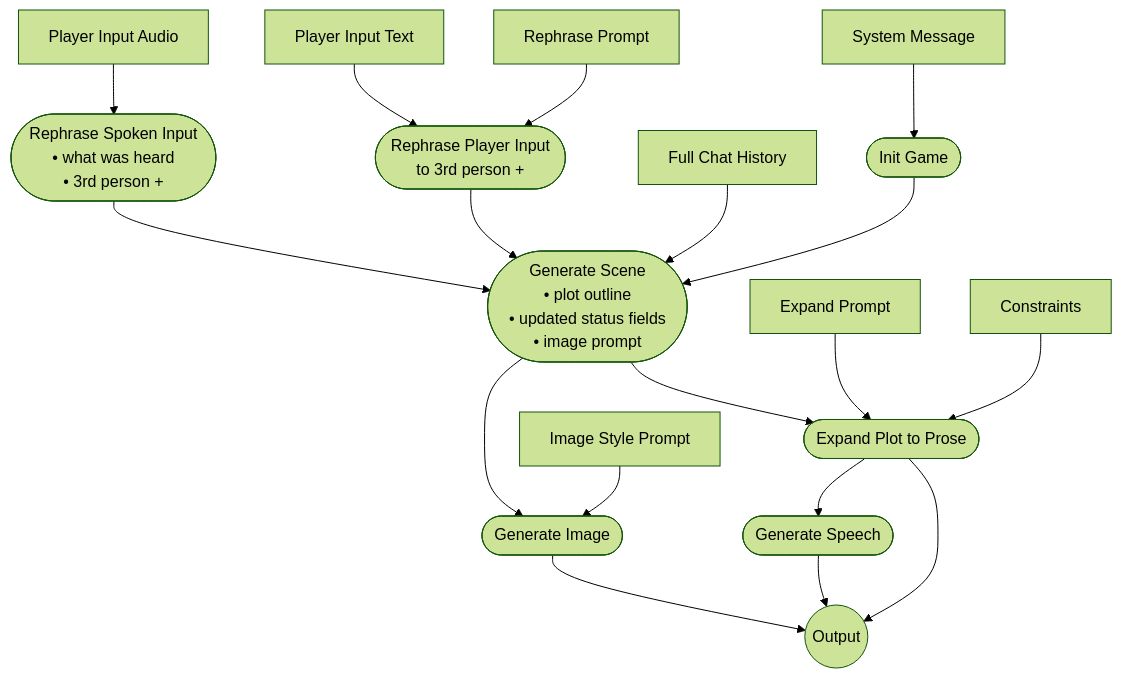
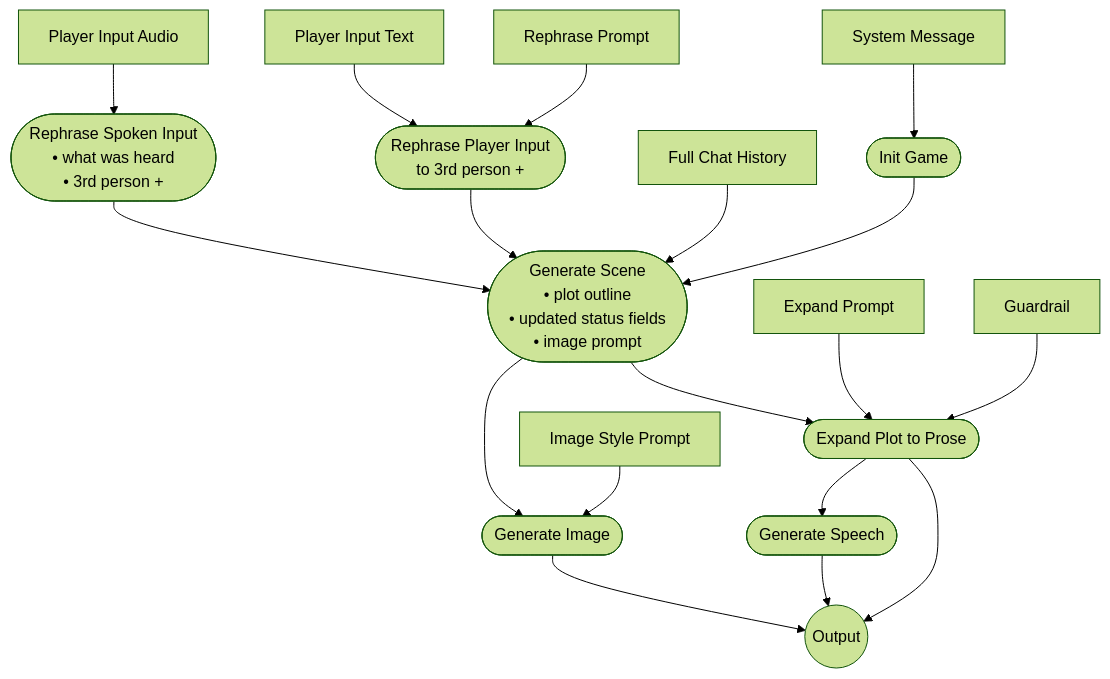
The eighth of 8 diagrams in TECHNOLOGY.md (flocko-motion/chatgamelab), drawn with Mermaid (forest theme) before and after one commit. The commit also changed other lines of this file and 67 other files, not shown here.

````diff
--- a/TECHNOLOGY.md
+++ b/TECHNOLOGY.md
@@ -252,63 +252,63 @@
 ```mermaid
 graph TB
 
 
         SYSMSG["System Message"] --> INIT
         INIT(["Init Game"])
 
 
 
         INIT --> EXECUTE
 
         REPHRASE(["Rephrase Player Input
         to 3rd person +"])
 
 
         REPHRASEPROMPT["Rephrase Prompt"]
         REPHRASEPROMPT --> REPHRASE
 
         HISTORY["Full Chat History"] --> EXECUTE
 
         REPHRASE --> EXECUTE(["Generate Scene
         • plot outline
         • updated status fields
         • image prompt"])
 
         EXECUTE --> EXPAND
         EXECUTE --> IMAGE
 
 
 
         EXPANDPROMPT["Expand Prompt"]
-        CONSTRAINT["Constraints"]
+        CONSTRAINT["Guardrail"]
         CONSTRAINT --> EXPAND
         EXPANDPROMPT --> EXPAND
 
         EXPAND(["Expand Plot to Prose"])
         EXPAND --> OUT
 
 
         IMAGEPROMPT["Image Style Prompt"]
         IMAGEPROMPT --> IMAGE
 
 
         IMAGE(["Generate Image"])
         IMAGE --> OUT
 
         EXPAND --> AUDIO(["Generate Speech"])
         AUDIO --> OUT
 
         OUT(("Output"))
 
 
     PLAYER["Player Input Text"]
     PLAYER --> REPHRASE
 
     PLAYERVOC["Player Input Audio"]
 
     PLAYERVOC --> HEAR(["Rephrase Spoken Input
     • what was heard
     • 3rd person +"])
     HEAR --> EXECUTE
 
 ```
````
